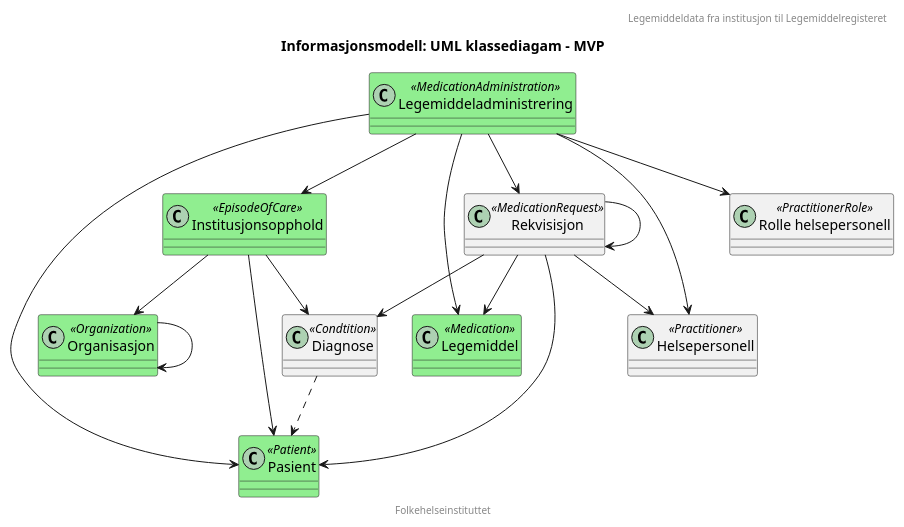
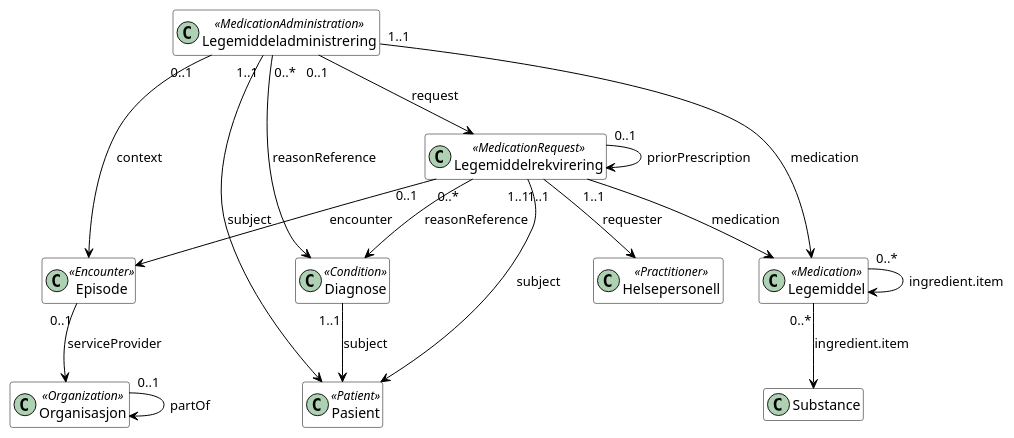
One commit to HL7Norway/LMDI changed the diagram in informasjonsmodell-enkel.plantuml. Above: the diagram before and after it, drawn with PlantUML. The commit also changed other lines of this file and 1540 other files, not shown here.

Commit message:
Deploy til rot: LMDI - 2beda24b52b3078571421cf68055f15e4eb1cf64

```diff
--- a/informasjonsmodell-enkel.plantuml
+++ b/informasjonsmodell-enkel.plantuml
@@ -1,56 +1,37 @@
 @startuml
 
-header "Legemiddeldata fra institusjon til Legemiddelregisteret"
-title "Informasjonsmodell: UML klassediagam - MVP"
-footer "Folkehelseinstituttet"
-
-class Pasient <<Patient>> #lightgreen {
+hide empty members
+skinparam class {
+    BackgroundColor White
+    ArrowColor Black
+    BorderColor Black
 }
 
-class Legemiddeladministrering <<MedicationAdministration>> #lightgreen {
-}
+class Diagnose <<Condition>> [[https://hl7norway.github.io/LMDI/currentbuild/StructureDefinition-lmdi-condition.html Diagnose _blank]]
+class Episode <<Encounter>> [[https://hl7norway.github.io/LMDI/currentbuild/StructureDefinition-lmdi-encounter.html Episode _blank]]
+class Helsepersonell <<Practitioner>> [[https://hl7norway.github.io/LMDI/currentbuild/StructureDefinition-lmdi-practitioner.html Helsepersonell _blank]]
+class Legemiddel <<Medication>> [[https://hl7norway.github.io/LMDI/currentbuild/StructureDefinition-lmdi-medication.html Legemiddel _blank]]
+class Legemiddeladministrering <<MedicationAdministration>> [[https://hl7norway.github.io/LMDI/currentbuild/StructureDefinition-lmdi-medicationadministration.html Legemiddeladministrering _blank]]
+class Legemiddelrekvirering <<MedicationRequest>> [[https://hl7norway.github.io/LMDI/currentbuild/StructureDefinition-lmdi-medicationrequest.html Legemiddelrekvirering _blank]]
+class Organisasjon <<Organization>> [[https://hl7norway.github.io/LMDI/currentbuild/StructureDefinition-lmdi-organization.html Organisasjon _blank]]
+class Pasient <<Patient>> [[https://hl7norway.github.io/LMDI/currentbuild/StructureDefinition-lmdi-patient.html Pasient _blank]]
+class Substance [[https://hl7.org/fhir/R4/substance.html Substance _blank]]
 
-Legemiddeladministrering --> Legemiddel 
-Legemiddeladministrering --> Pasient
-Legemiddeladministrering --> Helsepersonell
-Legemiddeladministrering --> "Rolle helsepersonell"
-Legemiddeladministrering --> Rekvisisjon
-Legemiddeladministrering --> Institusjonsopphold
-
-class Legemiddel <<Medication>> #lightgreen {
-}
-
-class Helsepersonell <<Practitioner>> {
-}
-class Organisasjon <<Organization>> #lightgreen {
-}
-
-Organisasjon --> Organisasjon
-
-class Institusjonsopphold <<EpisodeOfCare>> #lightgreen {
-}
-
-Institusjonsopphold --> Pasient
-Institusjonsopphold --> Organisasjon
-Institusjonsopphold --> Diagnose
-
-class Diagnose <<Condtition>> {
-}
-
-Diagnose ..> Pasient
-
-class Rekvisisjon <<MedicationRequest>> {
-}
-
-Rekvisisjon --> Diagnose
-Rekvisisjon --> Legemiddel
-Rekvisisjon --> Pasient
-Rekvisisjon --> Helsepersonell
-Rekvisisjon --> Rekvisisjon
-
-class "Rolle helsepersonell" <<PractitionerRole>> {
-}
-
-
+Diagnose "1..1" --> Pasient : "subject"
+Episode "0..1" --> Organisasjon : "serviceProvider"
+Legemiddel "0..*" --> Substance : "ingredient.item"
+Legemiddel "0..*" --> Legemiddel : "ingredient.item"
+Legemiddeladministrering "1..1" --> Legemiddel : "medication"
+Legemiddeladministrering "1..1" --> Pasient : "subject"
+Legemiddeladministrering "0..1" --> Episode : "context"
+Legemiddeladministrering "0..*" --> Diagnose : "reasonReference"
+Legemiddeladministrering "0..1" --> Legemiddelrekvirering : "request"
+Legemiddelrekvirering "1..1" --> Legemiddel : "medication"
+Legemiddelrekvirering "1..1" --> Pasient : "subject"
+Legemiddelrekvirering "0..1" --> Episode : "encounter"
+Legemiddelrekvirering "1..1" --> Helsepersonell : "requester"
+Legemiddelrekvirering "0..*" --> Diagnose : "reasonReference"
+Legemiddelrekvirering "0..1" --> Legemiddelrekvirering : "priorPrescription"
+Organisasjon "0..1" --> Organisasjon : "partOf"
 
 @enduml
```
